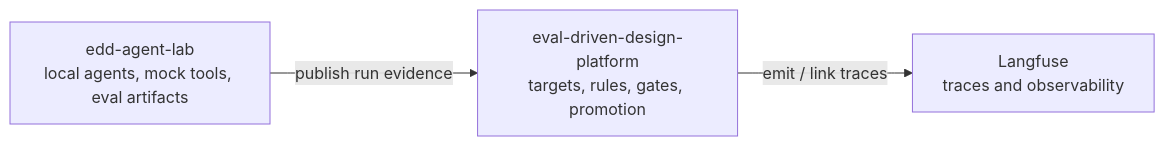
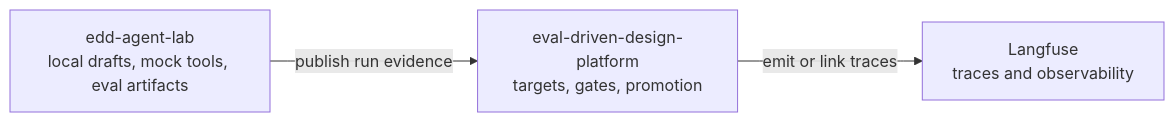
The first of 2 diagrams in README.md (bfalkowski/edd-agent-lab), drawn with Mermaid before and after one commit. The commit also changed other lines of this file and 18 other files, not shown here.

````diff
--- a/README.md
+++ b/README.md
@@ -18,9 +18,9 @@
 ```mermaid
 flowchart LR
-    Lab["edd-agent-lab<br/>local agents, mock tools, eval artifacts"]
-    Platform["eval-driven-design-platform<br/>targets, rules, gates, promotion"]
+    Lab["edd-agent-lab<br/>local drafts, mock tools, eval artifacts"]
+    Platform["eval-driven-design-platform<br/>targets, gates, promotion"]
     Langfuse["Langfuse<br/>traces and observability"]
 
     Lab -->|"publish run evidence"| Platform
-    Platform -->|"emit / link traces"| Langfuse
+    Platform -->|"emit or link traces"| Langfuse
 ```
````
